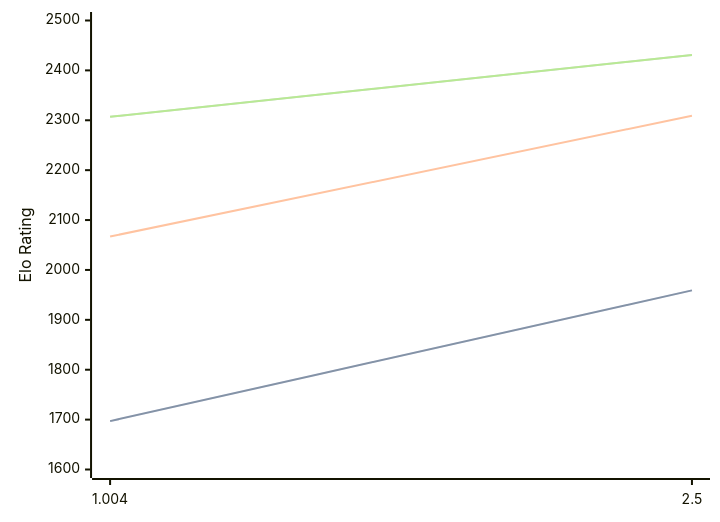
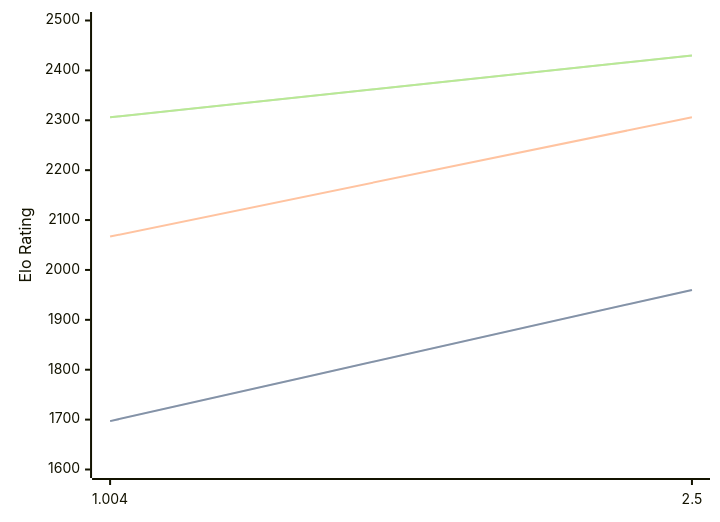
One commit to computer-chess-index/cci changed the diagram in engines/Ares.md. Above: the diagram before and after it, drawn with Mermaid. The commit also changed other lines of this file, not shown here.

Commit message:
Update CCI Ratings (ELO VLTC) - 2026-08-11

````diff
--- a/engines/Ares.md
+++ b/engines/Ares.md
@@ -32,11 +32,11 @@
 ```mermaid
 %%{init: {"theme":"base","themeVariables":{"seriesColors:['#a3a3a3','#222221','#faa371']}}}%%
 xychart-beta
   x-axis ["1.004", "2.5"]
   y-axis "Elo Rating" 1600 --> 2500
-  line "STC (8.0+0.08s)" [1697, 1959]
-  line "STC (8.0+0.08s)" [1697, 1959]
-  line "LTC (60.0+0.60s)" [2067, 2309]
-  line "VLTC (2m24s+1.12s)" [2307, 2431]
-  line "VLTC (2m24s+1.12s)" [2307, 2431]
+  line "STC (8.0+0.08s)" [1697, 1960]
+  line "STC (8.0+0.08s)" [1697, 1960]
+  line "LTC (60.0+0.60s)" [2067, 2306]
+  line "VLTC (2m24s+1.12s)" [2306, 2430]
+  line "VLTC (2m24s+1.12s)" [2306, 2430]
 ```
````
